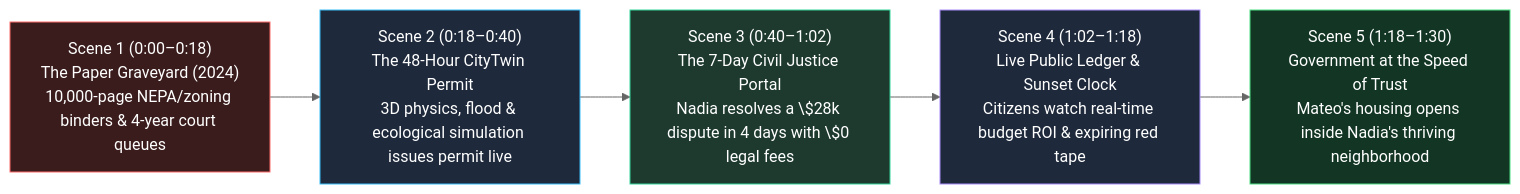
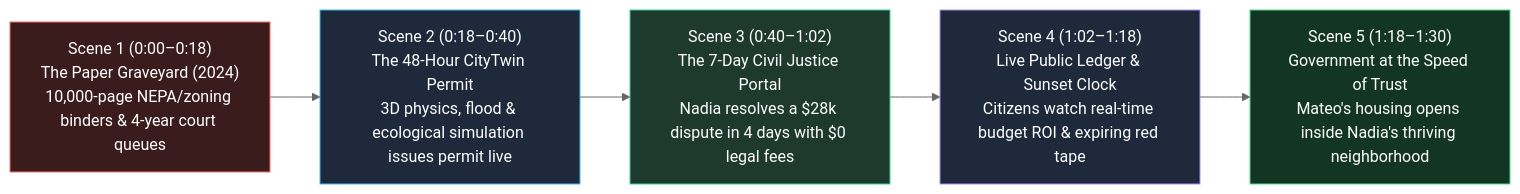
The diagram in vision-shorter-02-social/02-legal-regulatory-and-gov-reboot/STORYBOARD.md (d-10-g/OneOfMany), drawn with Mermaid (neutral theme) before and after one commit. The commit also changed 23 other files, not shown here.

Commit message:
Fix Mermaid multi-subgraph blank-line parsing and KaTeX dollar escaping across all 85 pathways

````diff
--- a/vision-shorter-02-social/02-legal-regulatory-and-gov-reboot/STORYBOARD.md
+++ b/vision-shorter-02-social/02-legal-regulatory-and-gov-reboot/STORYBOARD.md
@@ -10,13 +10,13 @@
 ```mermaid
 flowchart LR
-    S1["Scene 1 (0:00–0:18)\nThe Paper Graveyard (2024)\n10,000-page NEPA/zoning binders & 4-year court queues"] --> S2["Scene 2 (0:18–0:40)\nThe 48-Hour CityTwin Permit\n3D physics, flood & ecological simulation issues permit live"]
-    S2 --> S3["Scene 3 (0:40–1:02)\nThe 7-Day Civil Justice Portal\nNadia resolves a \$28k dispute in 4 days with \$0 legal fees"]
-    S3 --> S4["Scene 4 (1:02–1:18)\nLive Public Ledger & Sunset Clock\nCitizens watch real-time budget ROI & expiring red tape"]
-    S4 --> S5["Scene 5 (1:18–1:30)\nGovernment at the Speed of Trust\nMateo's housing opens inside Nadia's thriving neighborhood"]
+    S1["Scene 1 (0:00–0:18)<br/>The Paper Graveyard (2024)<br/>10,000-page NEPA/zoning binders & 4-year court queues"] --> S2["Scene 2 (0:18–0:40)<br/>The 48-Hour CityTwin Permit<br/>3D physics, flood & ecological simulation issues permit live"]
+    S2 --> S3["Scene 3 (0:40–1:02)<br/>The 7-Day Civil Justice Portal<br/>Nadia resolves a $28k dispute in 4 days with $0 legal fees"]
+    S3 --> S4["Scene 4 (1:02–1:18)<br/>Live Public Ledger & Sunset Clock<br/>Citizens watch real-time budget ROI & expiring red tape"]
+    S4 --> S5["Scene 5 (1:18–1:30)<br/>Government at the Speed of Trust<br/>Mateo's housing opens inside Nadia's thriving neighborhood"]
 
     style S1 fill:#3b1c1c,stroke:#ff6b6b,color:#ffffff
     style S2 fill:#1e293b,stroke:#38bdf8,color:#ffffff
     style S3 fill:#1e3a2f,stroke:#34d399,color:#ffffff
     style S4 fill:#1e293b,stroke:#a78bfa,color:#ffffff
     style S5 fill:#123524,stroke:#4ade80,color:#ffffff
 ```
````
